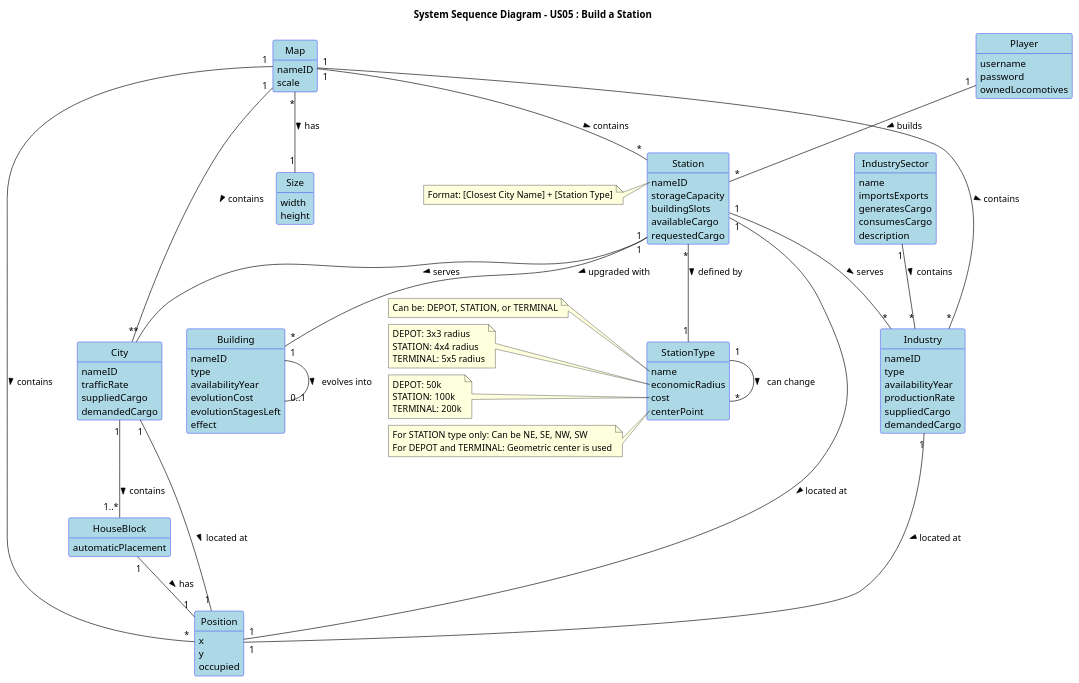
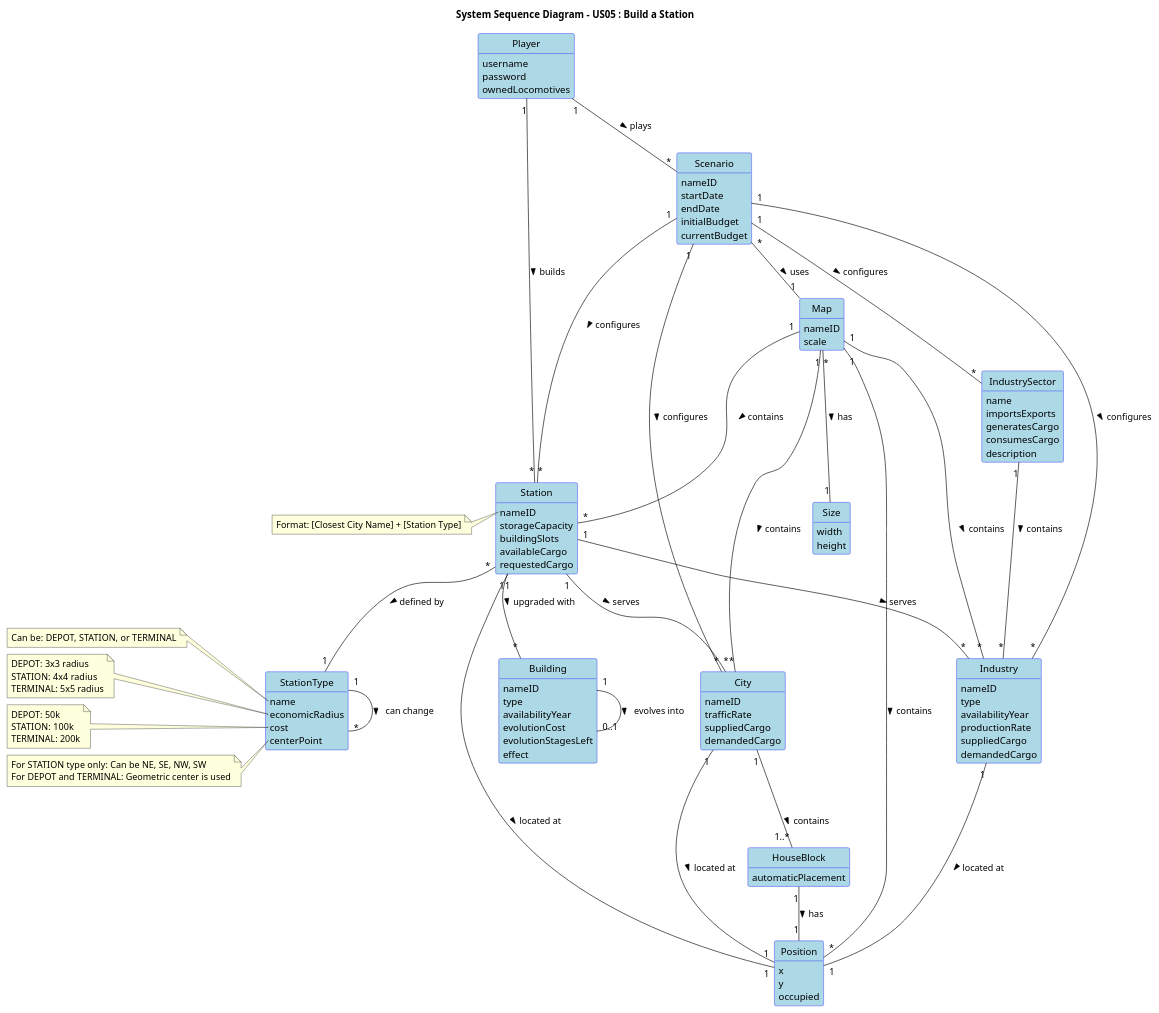
Before and after one commit to HenriqueSilva18/Railway-Network-Simulator: the diagram in docs/system-documentation/Sprint 3/US05/02.analysis/puml/US05-DM.puml, drawn with PlantUML. The commit also changed 22 other files, not shown here.

```diff
--- a/docs/system-documentation/Sprint 3/US05/02.analysis/puml/US05-DM.puml
+++ b/docs/system-documentation/Sprint 3/US05/02.analysis/puml/US05-DM.puml
@@ -1,138 +1,149 @@
 @startuml
 skinparam shadowing false
 skinparam classAttributeIconSize 0
 skinparam class {
   BackgroundColor LightBlue
   BorderColor Blue
 }
 hide circle
 hide methods
 
 title "System Sequence Diagram - US05 : Build a Station"
 
 class Player {
   username
   password
   ownedLocomotives
 }
 
 class Map {
   nameID
   scale
 }
 
 class City {
   nameID
   trafficRate
   suppliedCargo
   demandedCargo
 }
 
 class Industry {
   nameID
   type
   availabilityYear
   productionRate
   suppliedCargo
   demandedCargo
 }
 
 class IndustrySector {
   name
   importsExports
   generatesCargo
   consumesCargo
   description
 }
 
 class Position {
   x
   y
   occupied
 }
 
 class Size {
   width
   height
 }
 
 class Station {
   nameID
   storageCapacity
   buildingSlots
   availableCargo
   requestedCargo
 }
 
 class StationType {
   name
   economicRadius
   cost
   centerPoint
 }
 class Building {
   nameID
   type
   availabilityYear
   evolutionCost
   evolutionStagesLeft
   effect
 }
 
 class HouseBlock {
   automaticPlacement
 }
 
-
+class Scenario {
+  nameID
+  startDate
+  endDate
+  initialBudget
+  currentBudget
+}
 
 
 note left of Station::nameID
   Format: [Closest City Name] + [Station Type]
 end note
 
 note left of StationType::name
   Can be: DEPOT, STATION, or TERMINAL
 end note
 
 note left of StationType::economicRadius
   DEPOT: 3x3 radius
   STATION: 4x4 radius
   TERMINAL: 5x5 radius
 end note
 
 note left of StationType::cost
   DEPOT: 50k
   STATION: 100k
   TERMINAL: 200k
 end note
 
 note left of StationType::centerPoint
   For STATION type only: Can be NE, SE, NW, SW
   For DEPOT and TERMINAL: Geometric center is used
 end note
 
 ' Relationships with corrected multiplicities
 Player "1" -- "*" Station : builds >
 City "1" -- "1" Position : located at >
 Industry "1" -- "1" Position : located at >
 Map "1" -- "*" City : contains >
 Map "1" -- "*" Industry : contains >
 Map "1" -- "*" Position : contains >
 Map "1" -- "*" Station : contains >
 Map "*" -- "1" Size : has >
 Station "1" -- "*" City : serves >
 Station "1" -- "*" Industry : serves >
 Station "1" -- "1" Position : located at >
 
 City "1" -- "1..*" HouseBlock : contains >
 HouseBlock "1" -- "1" Position : has >
 
 IndustrySector "1" -- "*" Industry : contains >
 Station "*" -- "1" StationType : defined by >
 
 StationType "1" -- "*" StationType : can change >
 Station "1" -- "*" Building : upgraded with >
 Building "1" -- "0..1" Building : evolves into >
-
+Scenario "*" -- "1" Map : uses >
+Player "1" -- "*" Scenario : plays >
+Scenario "1" -- "*" Industry : configures >
+Scenario "1" -- "*" IndustrySector : configures >
+Scenario "1" -- "*" Station : configures >
+Scenario "1" -- "*" City : configures >
 
 @enduml
```
